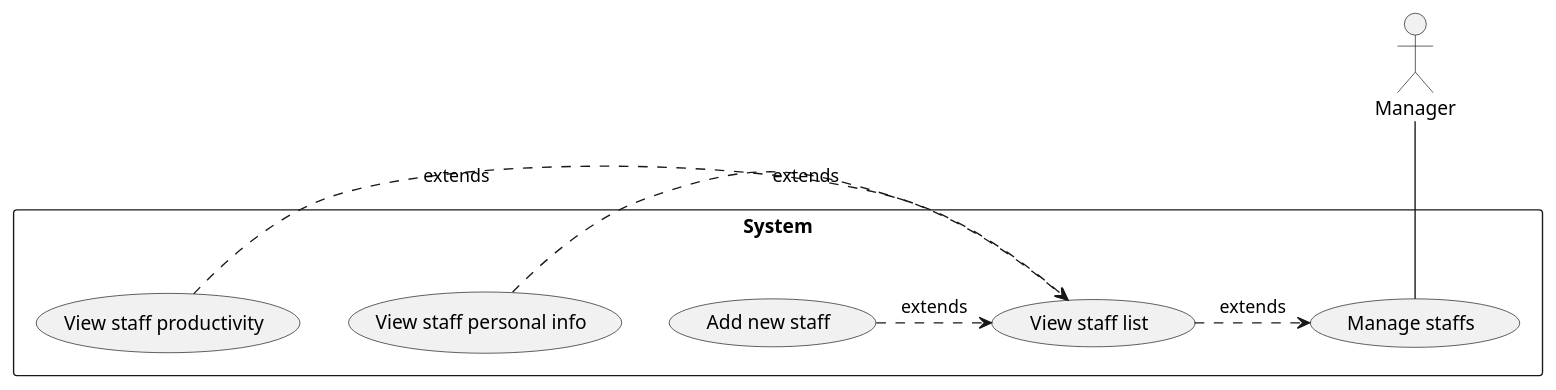
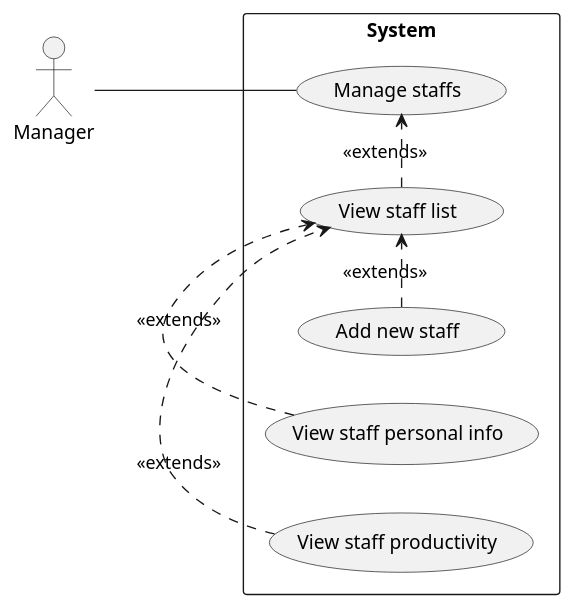
Before and after one commit to LapTQ/MCT: the diagram in docs/UML/Usecase Diagrams/manage-staffs.pu, drawn with PlantUML. The commit also changed 10 other files, not shown here.

```diff
--- a/docs/UML/Usecase Diagrams/manage-staffs.pu
+++ b/docs/UML/Usecase Diagrams/manage-staffs.pu
@@ -1,18 +1,20 @@
 @startuml
+left to right direction
+
 :Manager: as Manager
 
 rectangle System {
     (Manage staffs) as UC04
     (View staff list) as UC10
     (Add new staff) as UC11
     (View staff productivity) as UC12
     (View staff personal info) as UC07
 }
 
-UC10 .> UC04: extends
-UC11 .> UC10: extends
-UC07 .> UC10: extends
-UC12 .> UC10: extends
+UC10 .> UC04: <<extends>>
+UC11 .> UC10: <<extends>>
+UC07 .> UC10: <<extends>>
+UC12 .> UC10: <<extends>>
 
 Manager -- UC04
 @enduml
```
